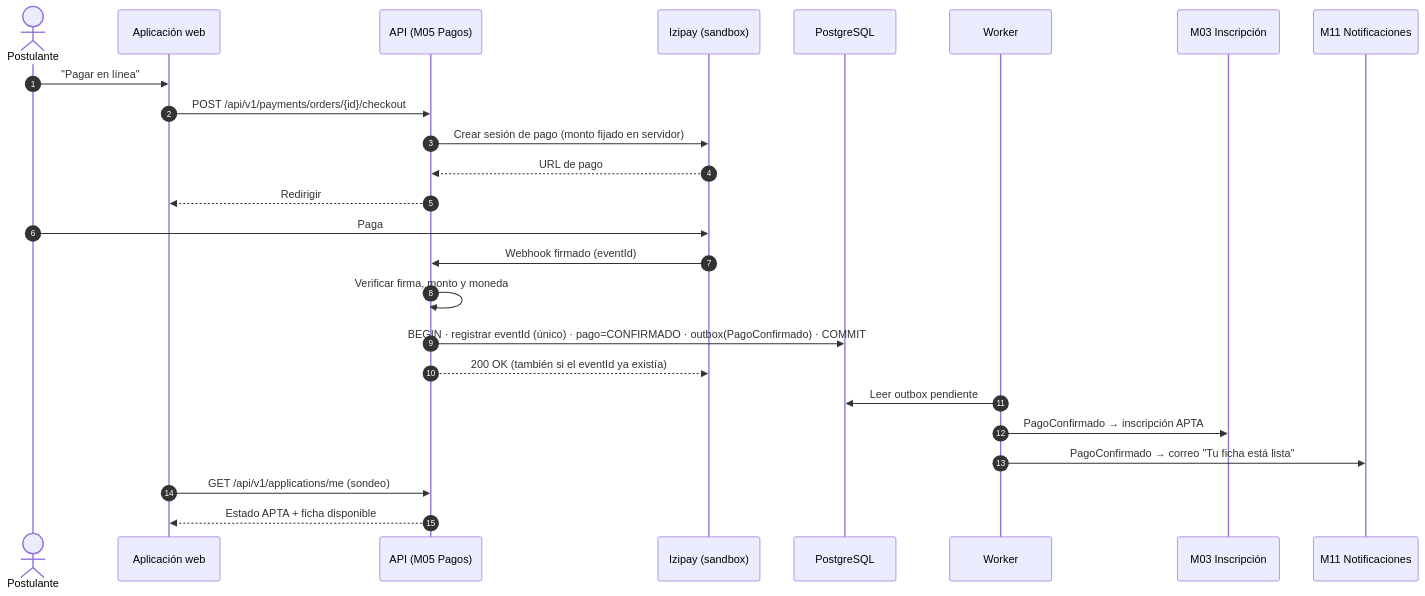
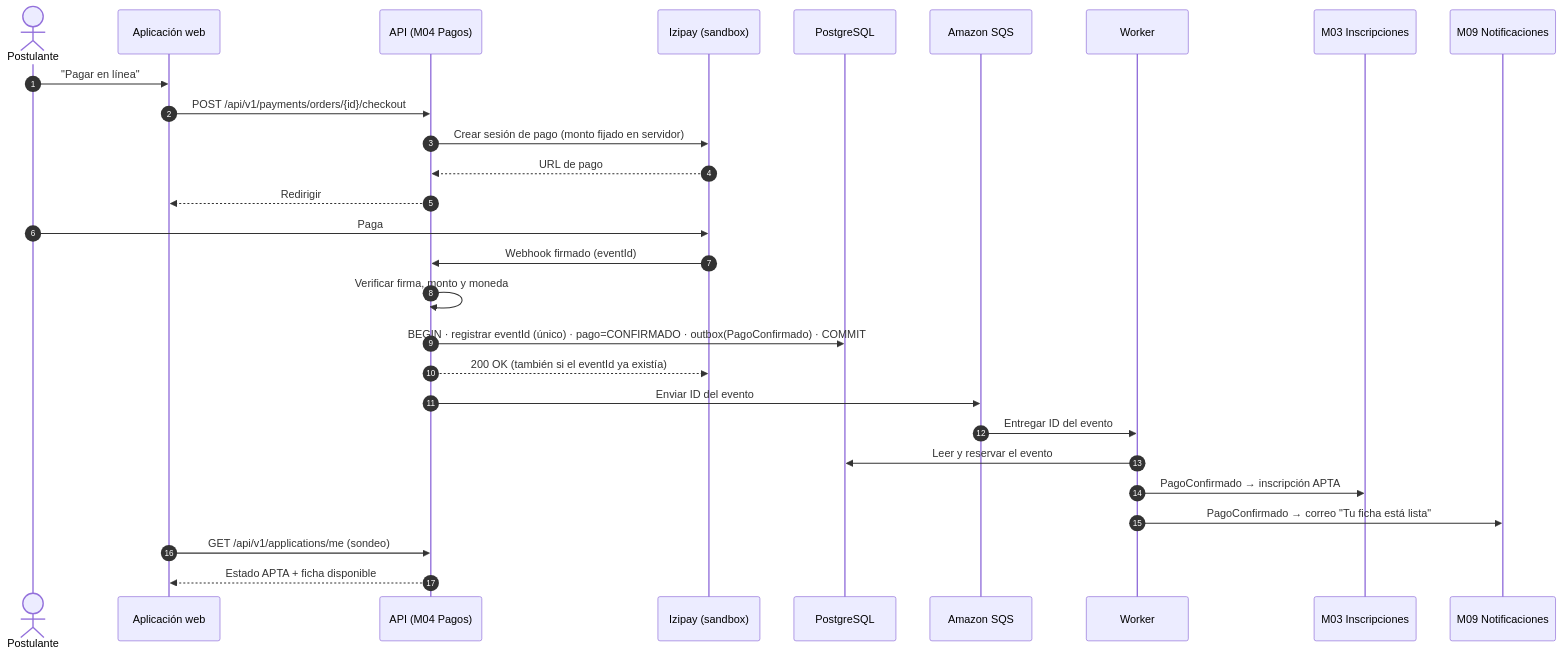
The seventh of 7 diagrams in docs/arquitectura.md (DiegoCoras06/sia-unsch-admision), drawn with Mermaid before and after one commit. The commit also changed other lines of this file and 16 other files, not shown here.

First line of the commit message:
Documentación: 12 módulos y mensajería con Amazon SQS

````diff
--- a/docs/arquitectura.md
+++ b/docs/arquitectura.md
@@ -259,28 +258,31 @@
 ```mermaid
 sequenceDiagram
   autonumber
   actor P as Postulante
   participant W as Aplicación web
-  participant API as API (M05 Pagos)
+  participant API as API (M04 Pagos)
   participant PG as Izipay (sandbox)
   participant DB as PostgreSQL
+  participant Q as Amazon SQS
   participant WK as Worker
-  participant M03 as M03 Inscripción
-  participant M11 as M11 Notificaciones
+  participant M03 as M03 Inscripciones
+  participant M09 as M09 Notificaciones
 
   P->>W: "Pagar en línea"
   W->>API: POST /api/v1/payments/orders/{id}/checkout
   API->>PG: Crear sesión de pago (monto fijado en servidor)
   PG-->>API: URL de pago
   API-->>W: Redirigir
   P->>PG: Paga
   PG->>API: Webhook firmado (eventId)
   API->>API: Verificar firma, monto y moneda
   API->>DB: BEGIN · registrar eventId (único) · pago=CONFIRMADO · outbox(PagoConfirmado) · COMMIT
   API-->>PG: 200 OK (también si el eventId ya existía)
-  WK->>DB: Leer outbox pendiente
+  API->>Q: Enviar ID del evento
+  Q->>WK: Entregar ID del evento
+  WK->>DB: Leer y reservar el evento
   WK->>M03: PagoConfirmado → inscripción APTA
-  WK->>M11: PagoConfirmado → correo "Tu ficha está lista"
+  WK->>M09: PagoConfirmado → correo "Tu ficha está lista"
   W->>API: GET /api/v1/applications/me (sondeo)
   API-->>W: Estado APTA + ficha disponible
 ```
````
